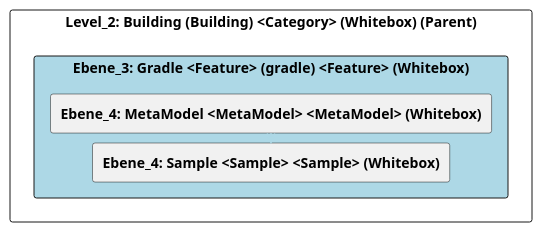
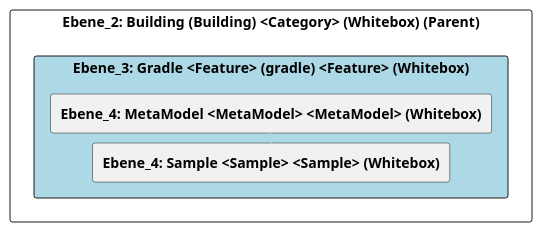
The diagram in doc/cleonproject_deliverables_architecture_model_architecture/adoc/de/05_bausteinsicht/cleon/building/gradle/ebene_3_gradle.adoc (marcozwyssig/cleon), drawn with PlantUML before and after one commit. The commit also changed other lines of this file and 620 other files, not shown here.

```diff
--- a/doc/cleonproject_deliverables_architecture_model_architecture/adoc/de/05_bausteinsicht/cleon/building/gradle/ebene_3_gradle.adoc
+++ b/doc/cleonproject_deliverables_architecture_model_architecture/adoc/de/05_bausteinsicht/cleon/building/gradle/ebene_3_gradle.adoc
@@ -20,28 +20,28 @@
 [plantuml, Ebene_3: Gradle <Feature> (gradle) <Feature> (Whitebox)BlockOverview, format="svg"]
 ----
 @startuml Ebene_3: Gradle <Feature> (gradle) <Feature> (Whitebox)BuildingBlockOverview
 
 skinparam ranksep 10
 skinparam componentStyle rectangle
 skinparam shadowing false
 skinparam arrowColor lightblue
 skinparam arrowThickness 1.2
 skinparam rectangle {
   BackgroundColor White
   BorderColor #333
   RoundCorner 10
 }
 top to bottom direction
 
-component "Level_2: Building (Building) <Category> (Whitebox) (Parent)" {
+component "Ebene_2: Building (Building) <Category> (Whitebox) (Parent)" {
     component "Ebene_3: Gradle <Feature> (gradle) <Feature> (Whitebox)" #lightblue {
         [**Ebene_4: MetaModel <MetaModel> <MetaModel> (Whitebox)**] as 4A57056F_D579_11EE_903E_9F564E4DE07E
         [**Ebene_4: Sample <Sample> <Sample> (Whitebox)**] as 4A57056C_D579_11EE_903E_9F564E4DE07E
     }
 
     4A57056F_D579_11EE_903E_9F564E4DE07E -down-> 4A57056C_D579_11EE_903E_9F564E4DE07E
     
 }
 
 @enduml
 ----
```
